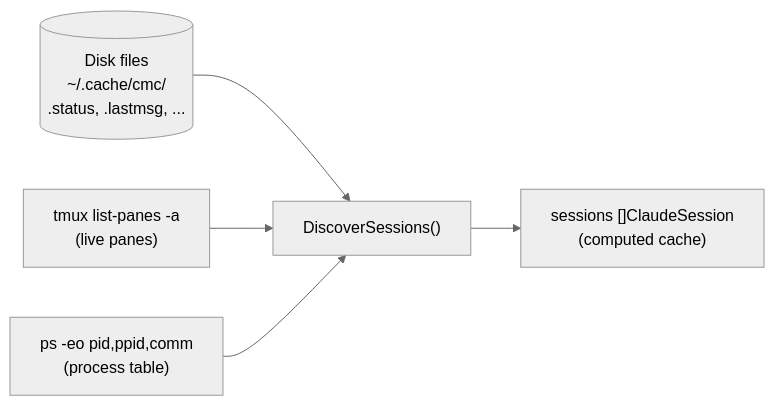
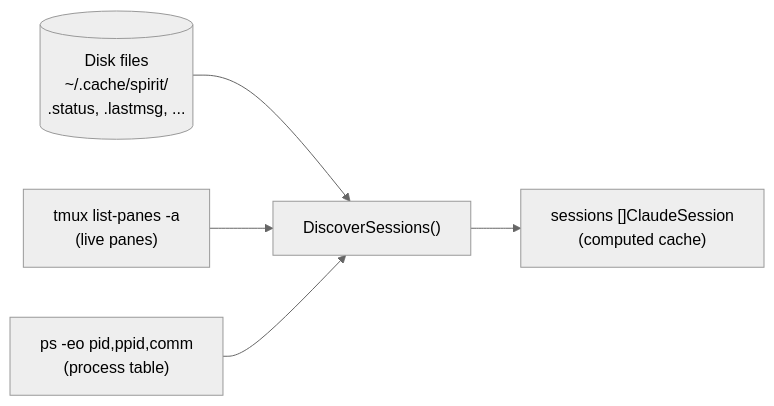
The third of 8 diagrams in docs/persistence.md (huylenq/spirit), drawn with Mermaid (neutral theme) before and after one commit. The commit also changed other lines of this file and 99 other files, not shown here.

First line of the commit message:
refactor: rebrand claude-mission-control/cmc to spirit

````diff
--- a/docs/persistence.md
+++ b/docs/persistence.md
@@ -303,7 +303,7 @@
 ```mermaid
 flowchart LR
-    D[("Disk files<br/>~/.cache/cmc/<br/>.status, .lastmsg, ...")] --> DS["DiscoverSessions()"]
+    D[("Disk files<br/>~/.cache/spirit/<br/>.status, .lastmsg, ...")] --> DS["DiscoverSessions()"]
     T["tmux list-panes -a<br/>(live panes)"] --> DS
     P["ps -eo pid,ppid,comm<br/>(process table)"] --> DS
     DS --> S["sessions []ClaudeSession<br/>(computed cache)"]
 ```
````
